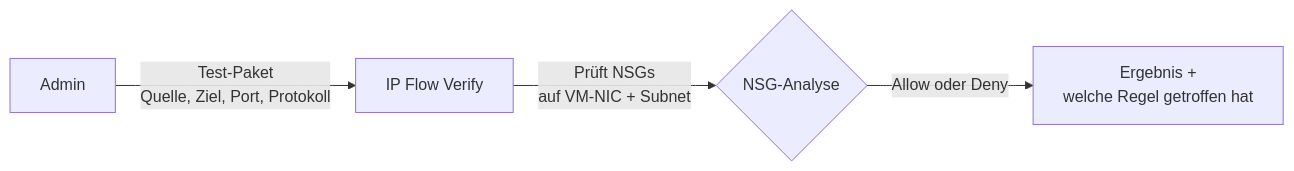
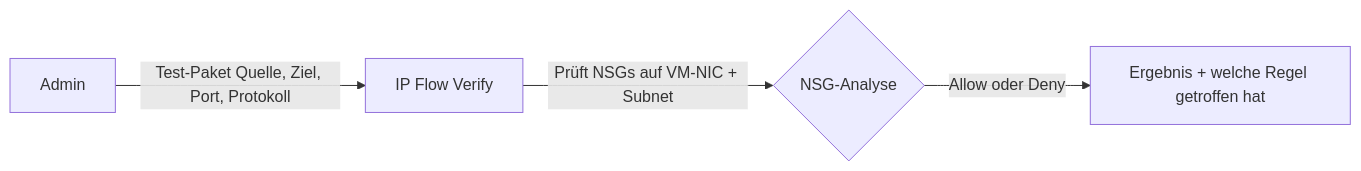
The third of 7 diagrams in Microsoft 365/Azure/Netzwerk/Azure Network Watcher.md (SoniiiT/notes-n-docs), drawn with Mermaid before and after one commit. The commit also changed other lines of this file and 124 other files, not shown here.

First line of the commit message:
fix: Entferne \n aus allen Mermaid-Diagrammen (125 Dateien)

````diff
--- a/Microsoft 365/Azure/Netzwerk/Azure Network Watcher.md
+++ b/Microsoft 365/Azure/Netzwerk/Azure Network Watcher.md
@@ -100,6 +100,6 @@
 ```mermaid
 graph LR
-    USER[Admin] -->|Test-Paket\nQuelle, Ziel, Port, Protokoll| IPF[IP Flow Verify]
-    IPF -->|Prüft NSGs\nauf VM-NIC + Subnet| NSG_CHECK{NSG-Analyse}
-    NSG_CHECK -->|Allow oder Deny| RESULT[Ergebnis +\nwelche Regel getroffen hat]
+    USER[Admin] -->|Test-Paket Quelle, Ziel, Port, Protokoll| IPF[IP Flow Verify]
+    IPF -->|Prüft NSGs auf VM-NIC + Subnet| NSG_CHECK{NSG-Analyse}
+    NSG_CHECK -->|Allow oder Deny| RESULT[Ergebnis + welche Regel getroffen hat]
 ```
````
